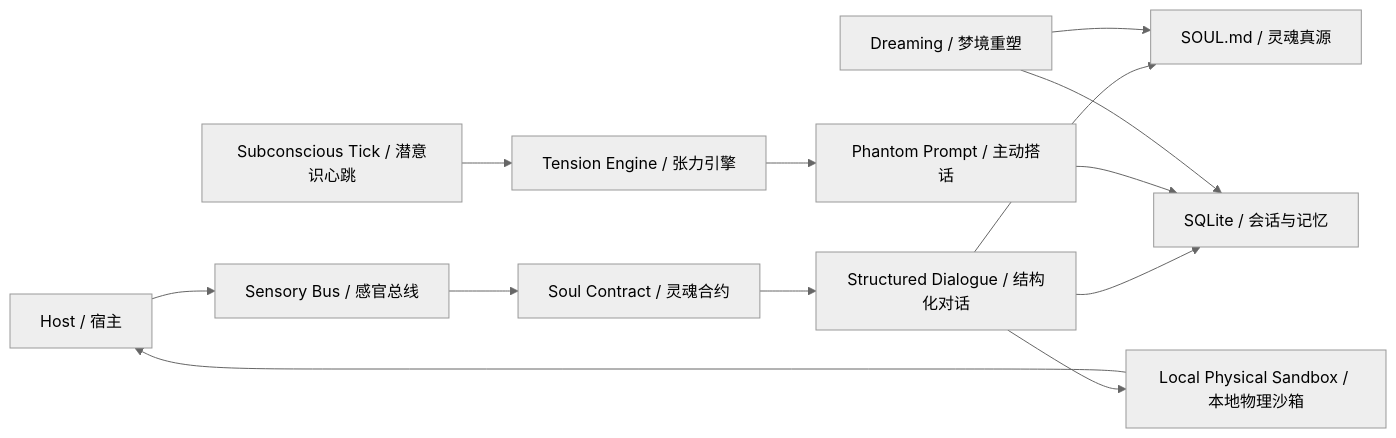
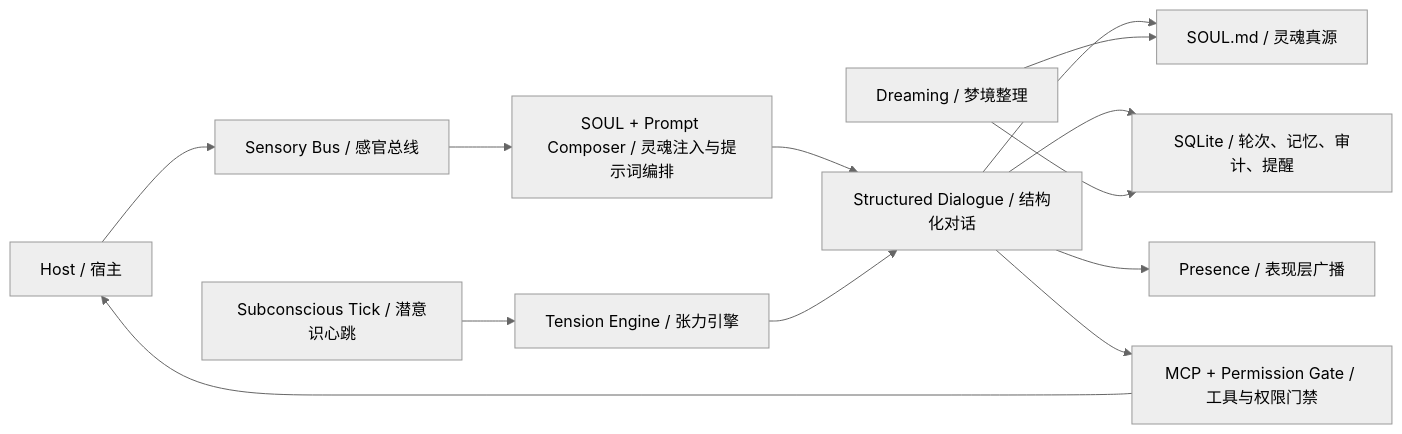
The diagram in README.md (TouHouQing/alicization), drawn with Mermaid (neutral theme) before and after one commit. The commit also changed other lines of this file and 35 other files, not shown here.

````diff
--- a/README.md
+++ b/README.md
@@ -24,15 +81,15 @@
 ```mermaid
 flowchart LR
   Host["Host / 宿主"] --> Sensory["Sensory Bus / 感官总线"]
-  Sensory --> Contract["Soul Contract / 灵魂合约"]
-  Contract --> Dialogue["Structured Dialogue / 结构化对话"]
+  Sensory --> Composer["SOUL + Prompt Composer / 灵魂注入与提示词编排"]
+  Composer --> Dialogue["Structured Dialogue / 结构化对话"]
   Dialogue --> Soul["SOUL.md / 灵魂真源"]
-  Dialogue --> DB["SQLite / 会话与记忆"]
+  Dialogue --> DB["SQLite / 轮次、记忆、审计、提醒"]
+  Dialogue --> Presence["Presence / 表现层广播"]
+  Dialogue --> Actuator["MCP + Permission Gate / 工具与权限门禁"]
   Tick["Subconscious Tick / 潜意识心跳"] --> Tension["Tension Engine / 张力引擎"]
-  Tension --> Phantom["Phantom Prompt / 主动搭话"]
-  Phantom --> DB
-  Dream["Dreaming / 梦境重塑"] --> Soul
+  Tension --> Dialogue
+  Dream["Dreaming / 梦境整理"] --> Soul
   Dream --> DB
-  Sandbox["Local Physical Sandbox / 本地物理沙箱"] --> Host
-  Dialogue --> Sandbox
+  Actuator --> Host
 ```
````
